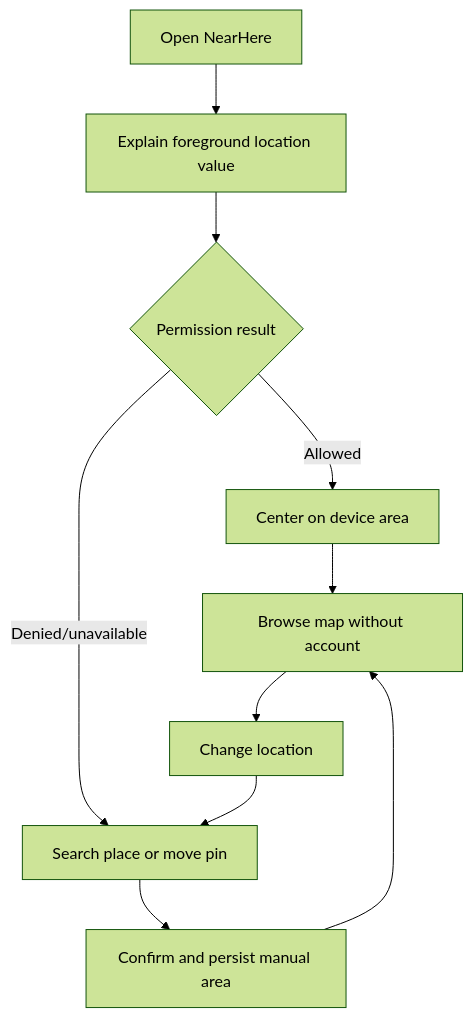
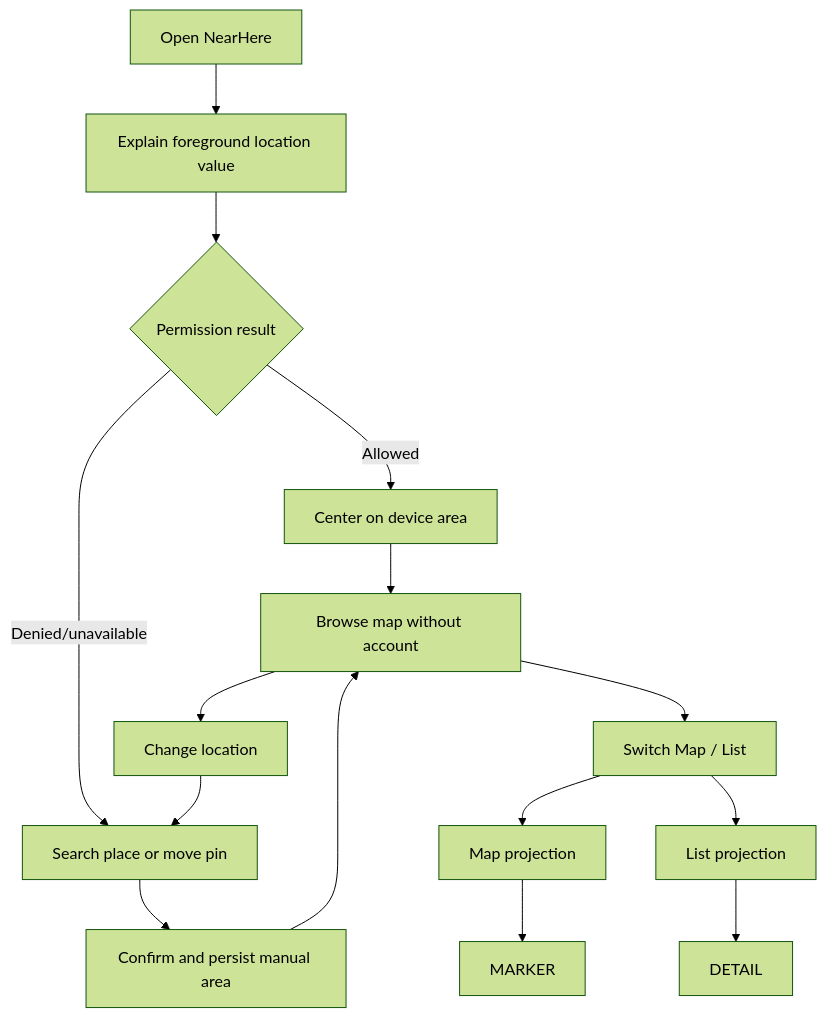
The first of 6 diagrams in docs/ux-flows.md (ansh0eman/NearHere), drawn with Mermaid (forest theme) before and after one commit. The commit also changed other lines of this file and 3 other files, not shown here.

Commit message:
Add accessible map and list discovery views

````diff
--- a/docs/ux-flows.md
+++ b/docs/ux-flows.md
@@ -7,12 +7,17 @@
 ```mermaid
 flowchart TD
     OPEN["Open NearHere"] --> ASK["Explain foreground location value"]
     ASK --> PERM{"Permission result"}
     PERM -->|"Allowed"| DEVICE["Center on device area"]
     PERM -->|"Denied/unavailable"| FALLBACK["Search place or move pin"]
     DEVICE --> MAP["Browse map without account"]
     FALLBACK --> SAVE["Confirm and persist manual area"]
     SAVE --> MAP
     MAP --> CHANGE["Change location"]
     CHANGE --> FALLBACK
+    MAP --> TOGGLE["Switch Map / List"]
+    TOGGLE --> MAPVIEW["Map projection"]
+    TOGGLE --> LISTVIEW["List projection"]
+    LISTVIEW --> DETAIL
+    MAPVIEW --> MARKER
 ```
````
